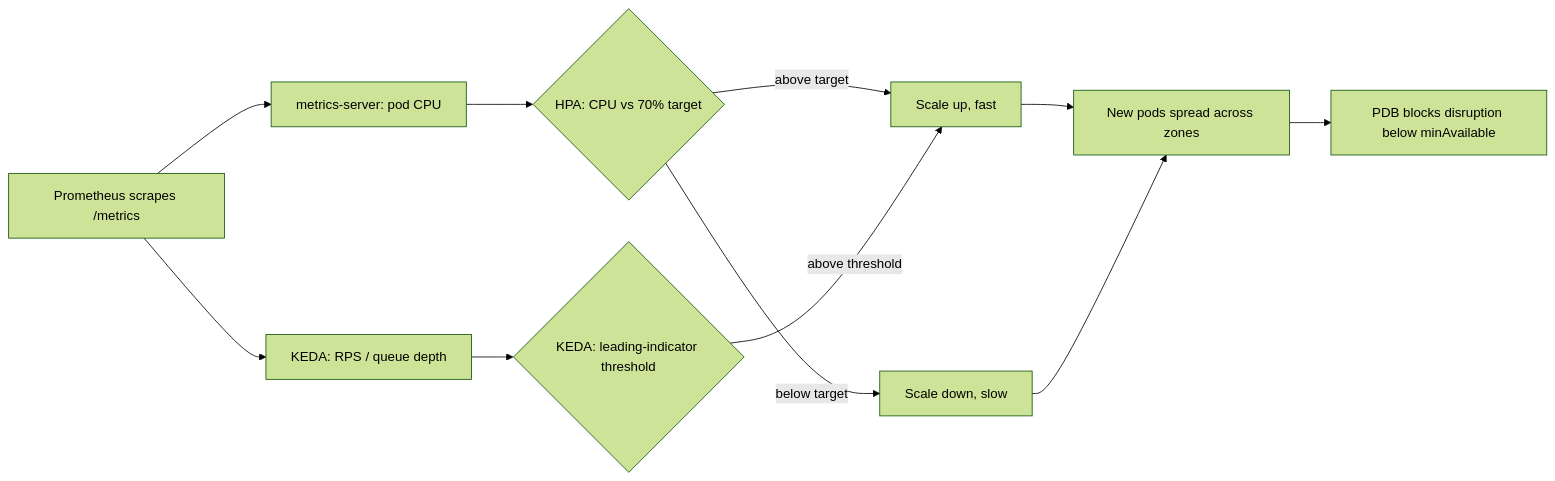
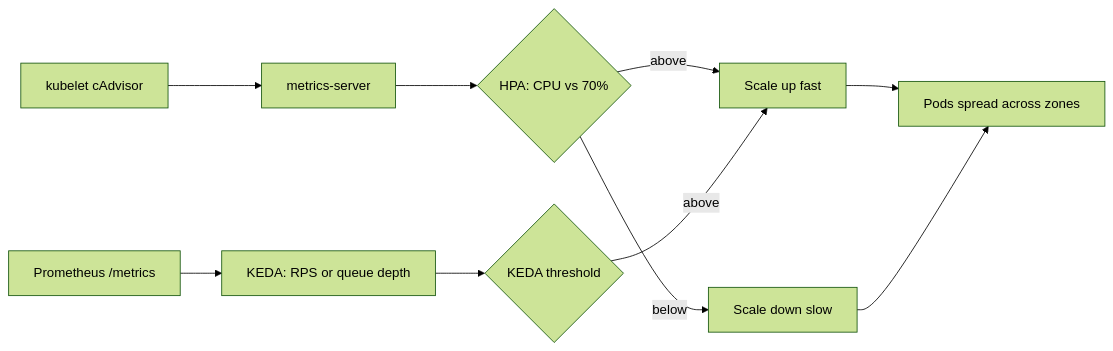
One commit to ArunKhrishna/data-sync-devops-assignment changed the diagram in DESIGN.md. Above: the diagram before and after it, drawn with Mermaid (forest theme). The commit also changed other lines of this file and 3 other files, not shown here.

````diff
--- a/DESIGN.md
+++ b/DESIGN.md
@@ -29,13 +33,12 @@
 ```mermaid
 flowchart LR
-    A[Prometheus scrapes /metrics] --> B[metrics-server: pod CPU]
-    A --> H[KEDA: RPS / queue depth]
-    B --> C{HPA: CPU vs 70% target}
-    H --> I{KEDA: leading-indicator threshold}
-    C -- above target --> D[Scale up, fast]
-    I -- above threshold --> D
-    C -- below target --> E[Scale down, slow]
-    D --> F[New pods spread across zones]
+    K[kubelet cAdvisor] --> MS[metrics-server]
+    P[Prometheus /metrics] --> KE[KEDA: RPS or queue depth]
+    MS --> C{HPA: CPU vs 70%}
+    KE --> I{KEDA threshold}
+    C -- above --> D[Scale up fast]
+    I -- above --> D
+    C -- below --> E[Scale down slow]
+    D --> F[Pods spread across zones]
     E --> F
-    F --> G[PDB blocks disruption below minAvailable]
 ```
````
